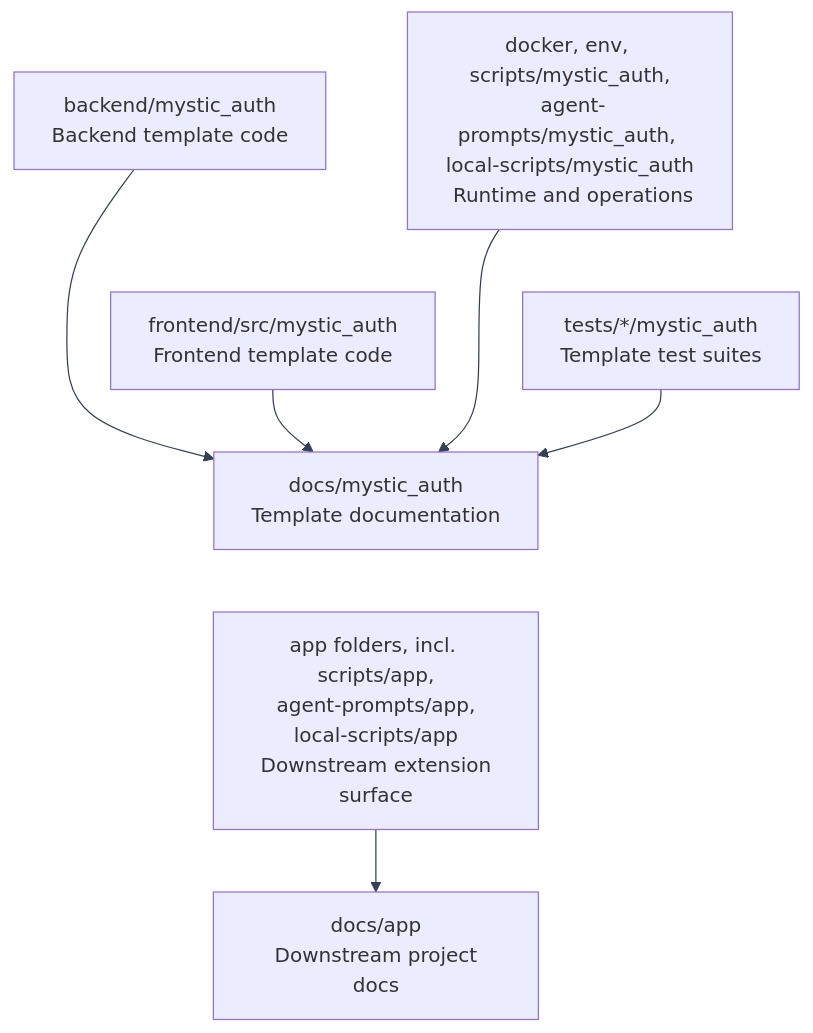
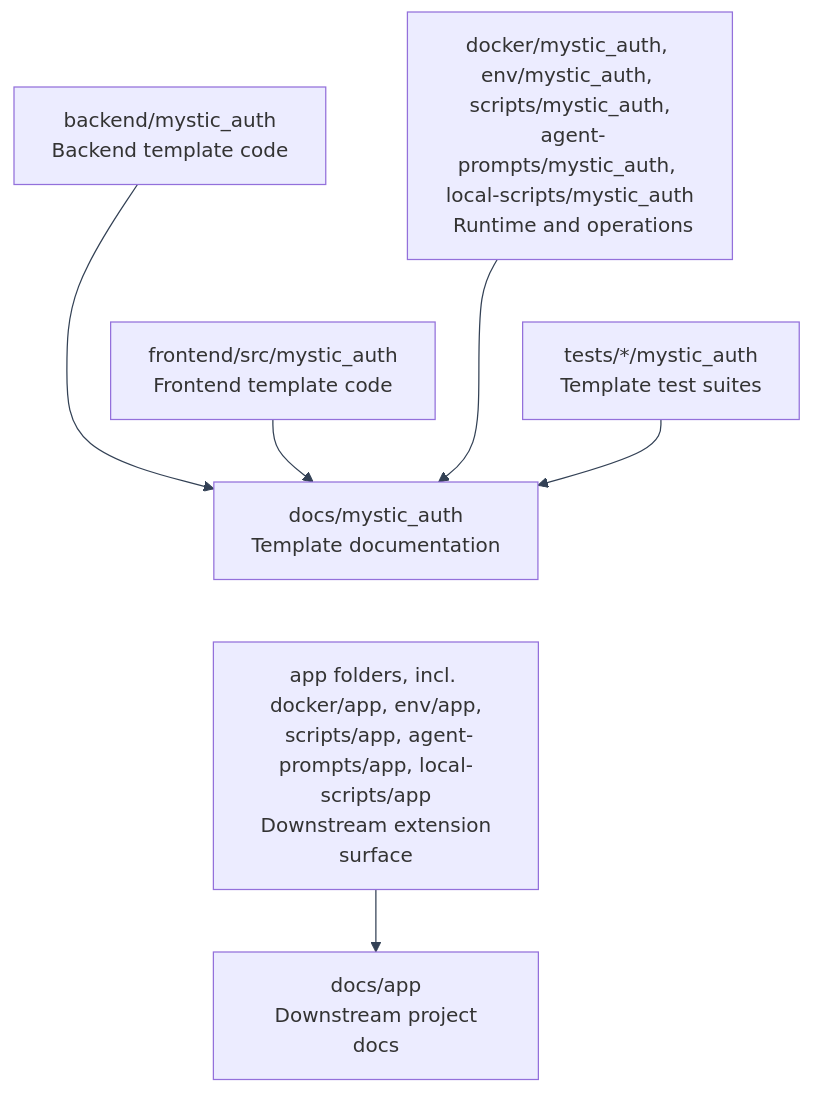
The diagram in docs/mystic_auth/architecture/code-map.md (Nachiket-2024/mystic-auth), drawn with Mermaid before and after one commit. The commit also changed other lines of this file and 208 other files, not shown here.

````diff
--- a/docs/mystic_auth/architecture/code-map.md
+++ b/docs/mystic_auth/architecture/code-map.md
@@ -12,22 +12,22 @@
 ```mermaid
 %%{init: {"themeVariables": {"lineColor": "#334155"}} }%%
 flowchart TD
     Docs["docs/mystic_auth\n Template documentation"]
 
     Backend["backend/mystic_auth\n Backend template code"]
     Frontend["frontend/src/mystic_auth\n Frontend template code"]
-    Ops["docker, env, scripts/mystic_auth,\n agent-prompts/mystic_auth, local-scripts/mystic_auth\n Runtime and operations"]
+    Ops["docker/mystic_auth, env/mystic_auth, scripts/mystic_auth,\n agent-prompts/mystic_auth, local-scripts/mystic_auth\n Runtime and operations"]
     Tests["tests/*/mystic_auth\n Template test suites"]
 
     Backend --> Docs
     Frontend --> Docs
     Ops --> Docs
     Tests --> Docs
     Backend ~~~ Frontend
     Ops ~~~ Tests
 
-    App["app folders, incl. scripts/app,\n agent-prompts/app, local-scripts/app\n Downstream extension surface"]
+    App["app folders, incl. docker/app, env/app,\n scripts/app, agent-prompts/app, local-scripts/app\n Downstream extension surface"]
     AppDocs["docs/app\n Downstream project docs"]
     App --> AppDocs
     Docs ~~~ App
 ```
````
